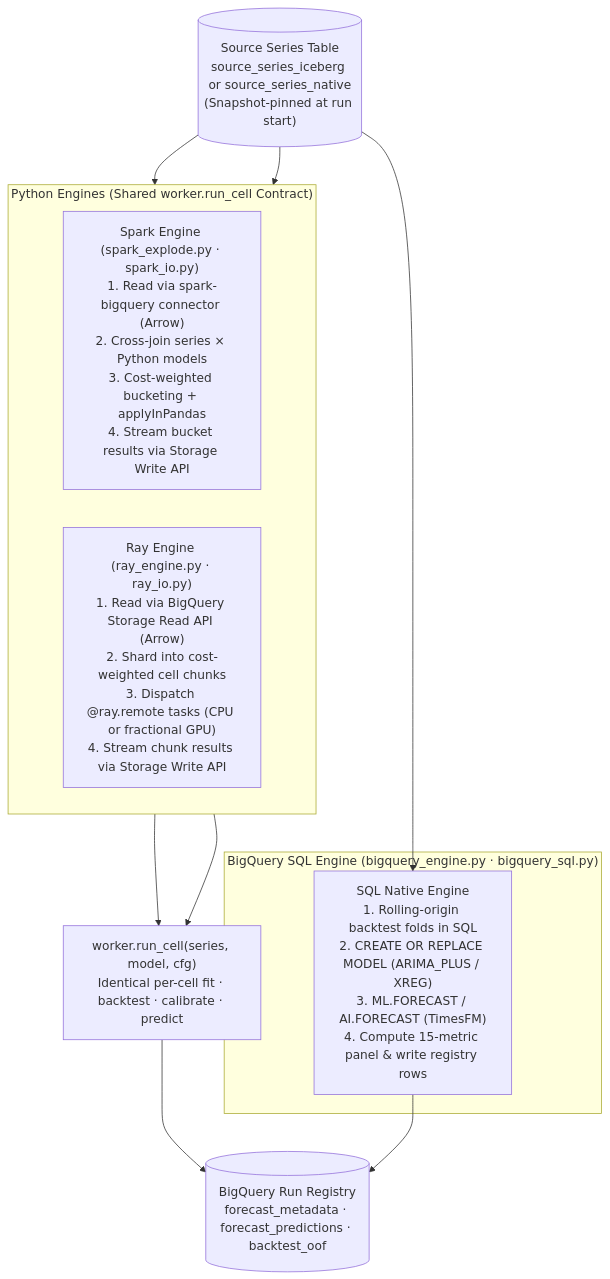
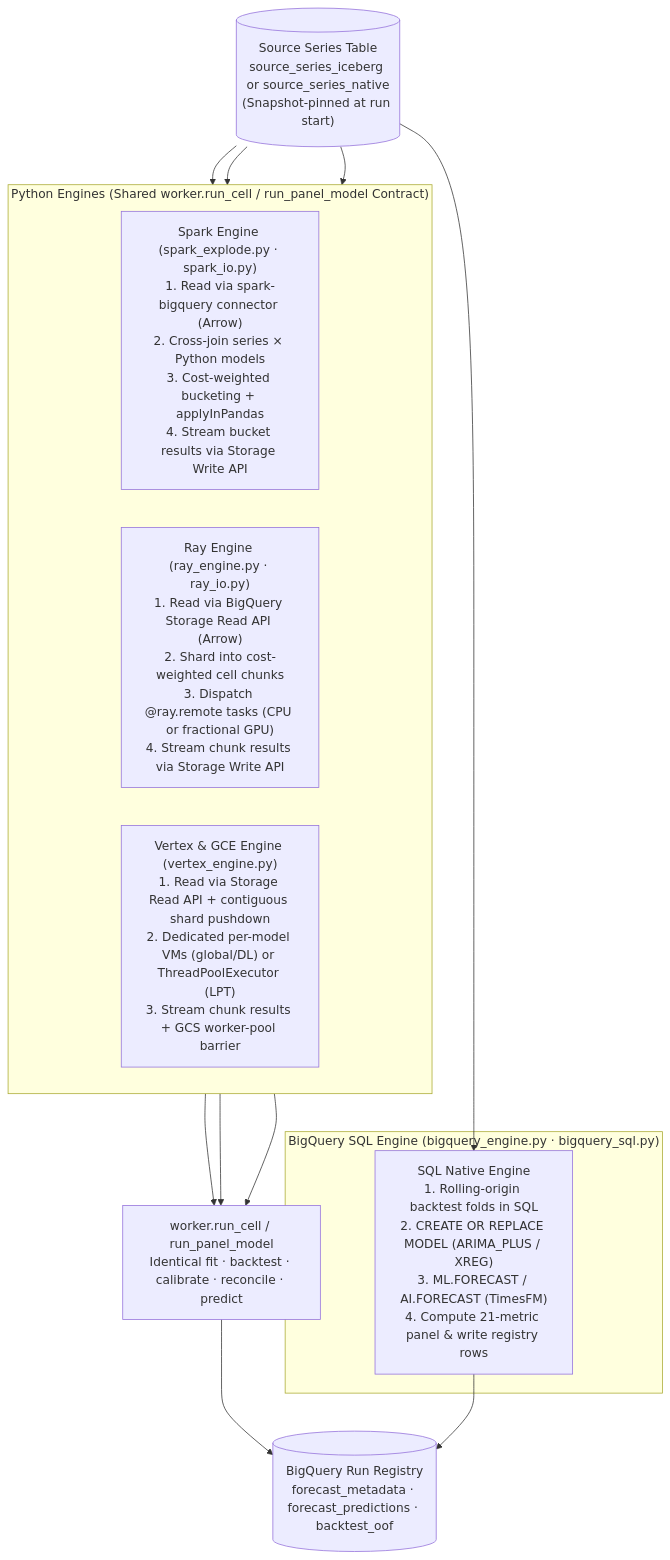
The diagram in src/scale_forecasting/engines/README.md (statmike/scale-forecasting), drawn with Mermaid before and after one commit. The commit also changed other lines of this file and 69 other files, not shown here.

First line of the commit message:
feat(compute): add vertex and gce runtimes, unified compute params, GPU-VM catalog, and AGENTS.md

````diff
--- a/src/scale_forecasting/engines/README.md
+++ b/src/scale_forecasting/engines/README.md
@@ -10,22 +11,23 @@
 ```mermaid
 flowchart TB
     src[("Source Series Table<br/>source_series_iceberg or source_series_native<br/>(Snapshot-pinned at run start)")]
 
-    subgraph py_engines["Python Engines (Shared worker.run_cell Contract)"]
+    subgraph py_engines["Python Engines (Shared worker.run_cell / run_panel_model Contract)"]
         direction LR
         spark["Spark Engine (spark_explode.py · spark_io.py)<br/>1. Read via spark-bigquery connector (Arrow)<br/>2. Cross-join series × Python models<br/>3. Cost-weighted bucketing + applyInPandas<br/>4. Stream bucket results via Storage Write API"]
         ray["Ray Engine (ray_engine.py · ray_io.py)<br/>1. Read via BigQuery Storage Read API (Arrow)<br/>2. Shard into cost-weighted cell chunks<br/>3. Dispatch @ray.remote tasks (CPU or fractional GPU)<br/>4. Stream chunk results via Storage Write API"]
+        vtx["Vertex & GCE Engine (vertex_engine.py)<br/>1. Read via Storage Read API + contiguous shard pushdown<br/>2. Dedicated per-model VMs (global/DL) or ThreadPoolExecutor (LPT)<br/>3. Stream chunk results + GCS worker-pool barrier"]
     end
 
     subgraph bq_engine["BigQuery SQL Engine (bigquery_engine.py · bigquery_sql.py)"]
-        bq["SQL Native Engine<br/>1. Rolling-origin backtest folds in SQL<br/>2. CREATE OR REPLACE MODEL (ARIMA_PLUS / XREG)<br/>3. ML.FORECAST / AI.FORECAST (TimesFM)<br/>4. Compute 15-metric panel & write registry rows"]
+        bq["SQL Native Engine<br/>1. Rolling-origin backtest folds in SQL<br/>2. CREATE OR REPLACE MODEL (ARIMA_PLUS / XREG)<br/>3. ML.FORECAST / AI.FORECAST (TimesFM)<br/>4. Compute 21-metric panel & write registry rows"]
     end
 
-    cell["worker.run_cell(series, model, cfg)<br/>Identical per-cell fit · backtest · calibrate · predict"]
+    cell["worker.run_cell / run_panel_model<br/>Identical fit · backtest · calibrate · reconcile · predict"]
     reg[("BigQuery Run Registry<br/>forecast_metadata · forecast_predictions · backtest_oof")]
 
-    src --> spark & ray & bq
-    spark & ray --> cell
+    src --> spark & ray & vtx & bq
+    spark & ray & vtx --> cell
     cell --> reg
     bq --> reg
 ```
````
